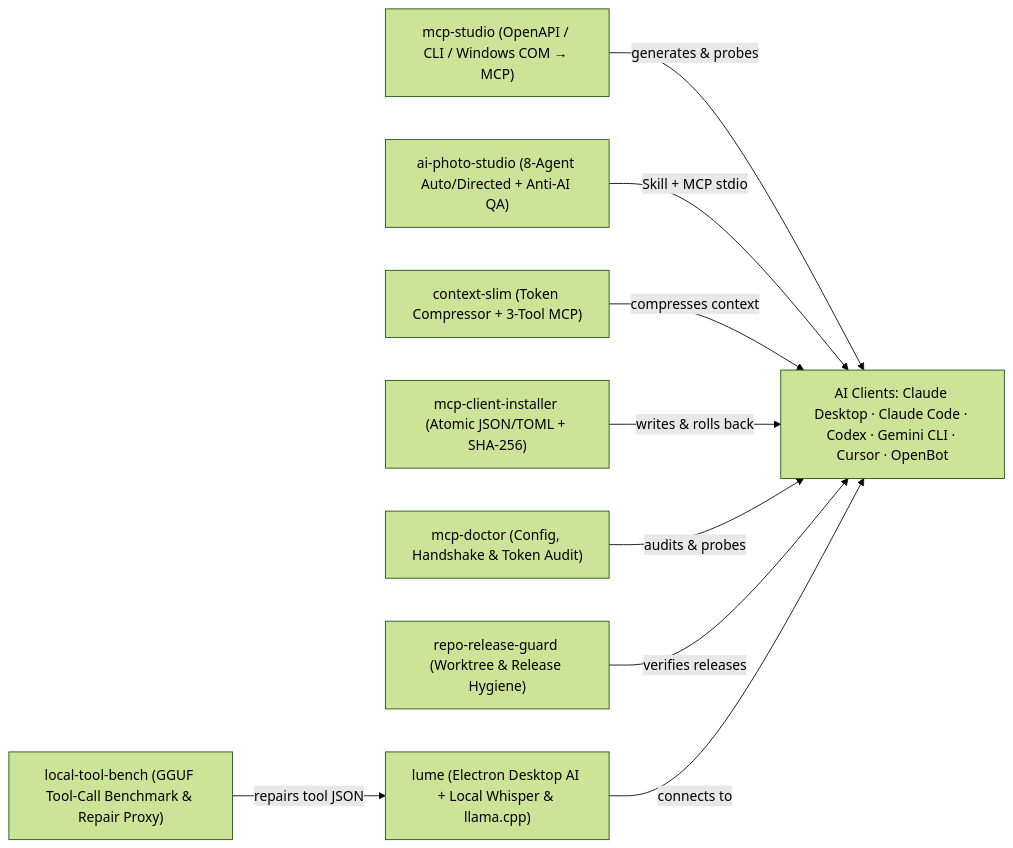
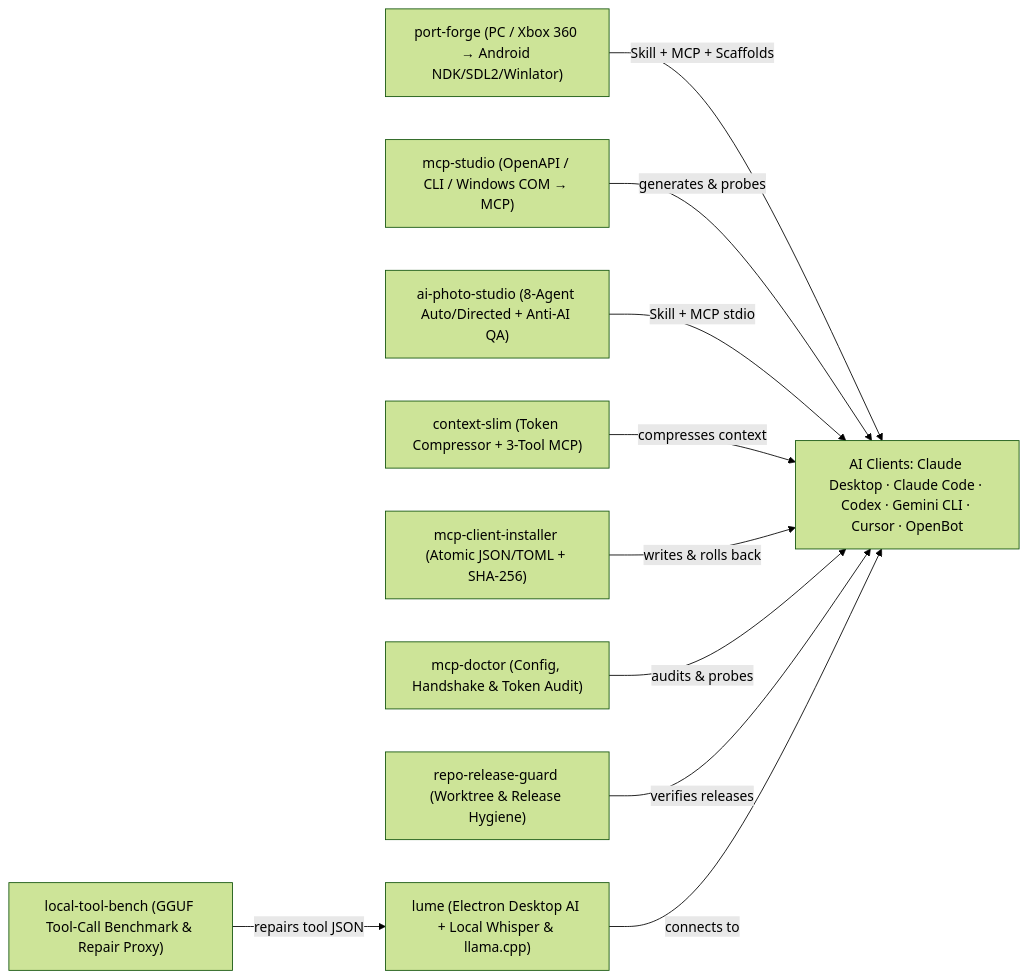
Before and after one commit to deusbr/deusbr: the diagram in README.md, drawn with Mermaid (forest theme). The commit also changed other lines of this file, not shown here.

Commit message:
docs: add port-forge to flagship AI studios showcase

````diff
--- a/README.md
+++ b/README.md
@@ -65,21 +66,23 @@
 ```mermaid
 flowchart LR
   Clients["AI Clients: Claude Desktop · Claude Code · Codex · Gemini CLI · Cursor · OpenBot"]
+  PortForge["port-forge (PC / Xbox 360 → Android NDK/SDL2/Winlator)"]
   McpStudio["mcp-studio (OpenAPI / CLI / Windows COM → MCP)"]
   PhotoStudio["ai-photo-studio (8-Agent Auto/Directed + Anti-AI QA)"]
   ContextSlim["context-slim (Token Compressor + 3-Tool MCP)"]
   Installer["mcp-client-installer (Atomic JSON/TOML + SHA-256)"]
   Doctor["mcp-doctor (Config, Handshake & Token Audit)"]
   Guard["repo-release-guard (Worktree & Release Hygiene)"]
   Lume["lume (Electron Desktop AI + Local Whisper & llama.cpp)"]
   Bench["local-tool-bench (GGUF Tool-Call Benchmark & Repair Proxy)"]
 
+  PortForge -->|"Skill + MCP + Scaffolds"| Clients
   McpStudio -->|"generates & probes"| Clients
   PhotoStudio -->|"Skill + MCP stdio"| Clients
   ContextSlim -->|"compresses context"| Clients
   Installer -->|"writes & rolls back"| Clients
   Doctor -->|"audits & probes"| Clients
   Guard -->|"verifies releases"| Clients
   Lume -->|"connects to"| Clients
   Bench -->|"repairs tool JSON"| Lume
 ```
````
